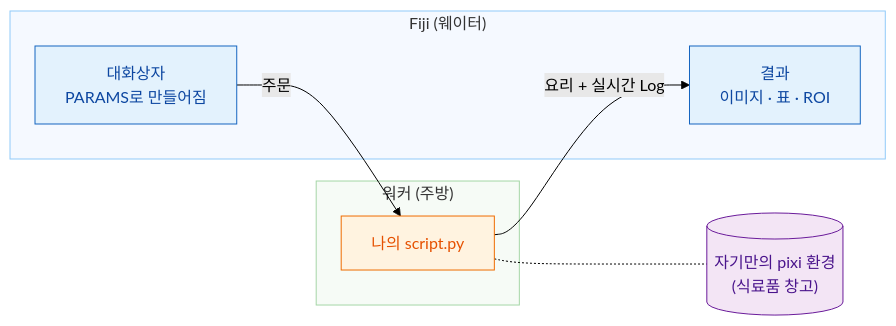
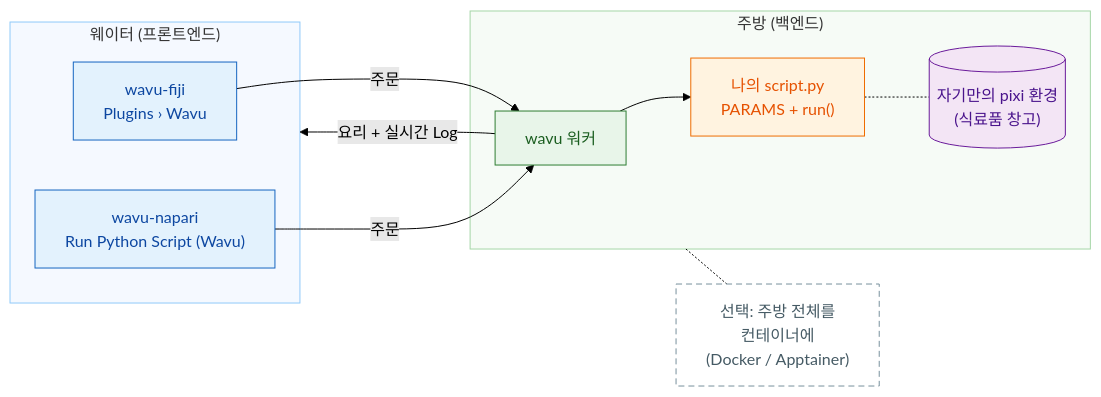
Before and after one commit to Oxford-Zeiss-Centre-of-Excellence/Wavu: the diagram in guide/index.ko.md, drawn with Mermaid (forest theme). The commit also changed other lines of this file and 218 other files, not shown here.

First line of the commit message:
feat: Wavu core + two frontends (wavu-fiji, wavu-napari); remote/container connect; reworked guide

````diff
--- a/guide/index.ko.md
+++ b/guide/index.ko.md
@@ -19,22 +19,28 @@
 ```mermaid
 flowchart LR
-    subgraph FIJI["Fiji (웨이터)"]
-        D["대화상자<br/>PARAMS로 만들어짐"]:::fiji
-        R["결과<br/>이미지 · 표 · ROI"]:::fiji
+    subgraph FE["웨이터 (프론트엔드)"]
+        F["wavu-fiji<br/>Plugins › Wavu"]:::fiji
+        N["wavu-napari<br/>Run Python Script (Wavu)"]:::fiji
     end
-    subgraph PY["워커 (주방)"]
-        S["나의 script.py"]:::script
+    subgraph BE["주방 (백엔드)"]
+        W["wavu 워커"]:::worker
+        S["나의 script.py<br/>PARAMS + run()"]:::script
+        E[("자기만의 pixi 환경<br/>(식료품 창고)")]:::env
     end
-    E[("자기만의 pixi 환경<br/>(식료품 창고)")]:::env
+    C["선택: 주방 전체를<br/>컨테이너에<br/>(Docker / Apptainer)"]:::box
+    BE -.- C
 
-    D -- "주문" --> S
+    F -- "주문" --> W
+    N -- "주문" --> W
+    W --> S
     S -.- E
-    S -- "요리 + 실시간 Log" --> R
+    W -- "요리 + 실시간 Log" --> FE
 
     classDef fiji   fill:#e3f2fd,stroke:#1565c0,color:#0d47a1
     classDef worker fill:#e8f5e9,stroke:#2e7d32,color:#1b5e20
     classDef script fill:#fff3e0,stroke:#ef6c00,color:#e65100
     classDef env    fill:#f3e5f5,stroke:#6a1b9a,color:#4a148c
-    style FIJI fill:#f5f9ff,stroke:#90caf9
-    style PY   fill:#f6fbf6,stroke:#a5d6a7
+    style FE fill:#f5f9ff,stroke:#90caf9
+    style BE fill:#f6fbf6,stroke:#a5d6a7
+    classDef box    fill:#ffffff,stroke:#78909c,stroke-dasharray: 6 4,color:#455a64
 ```
````
